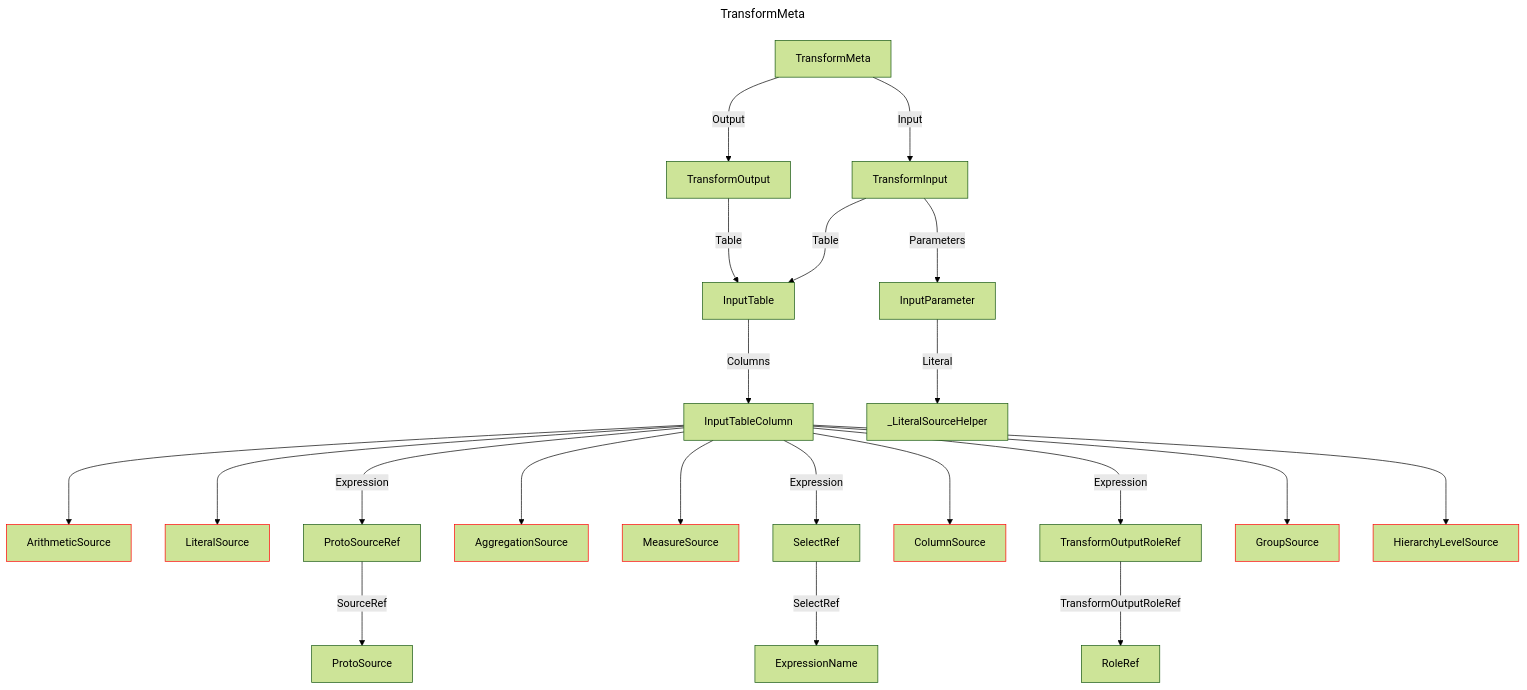
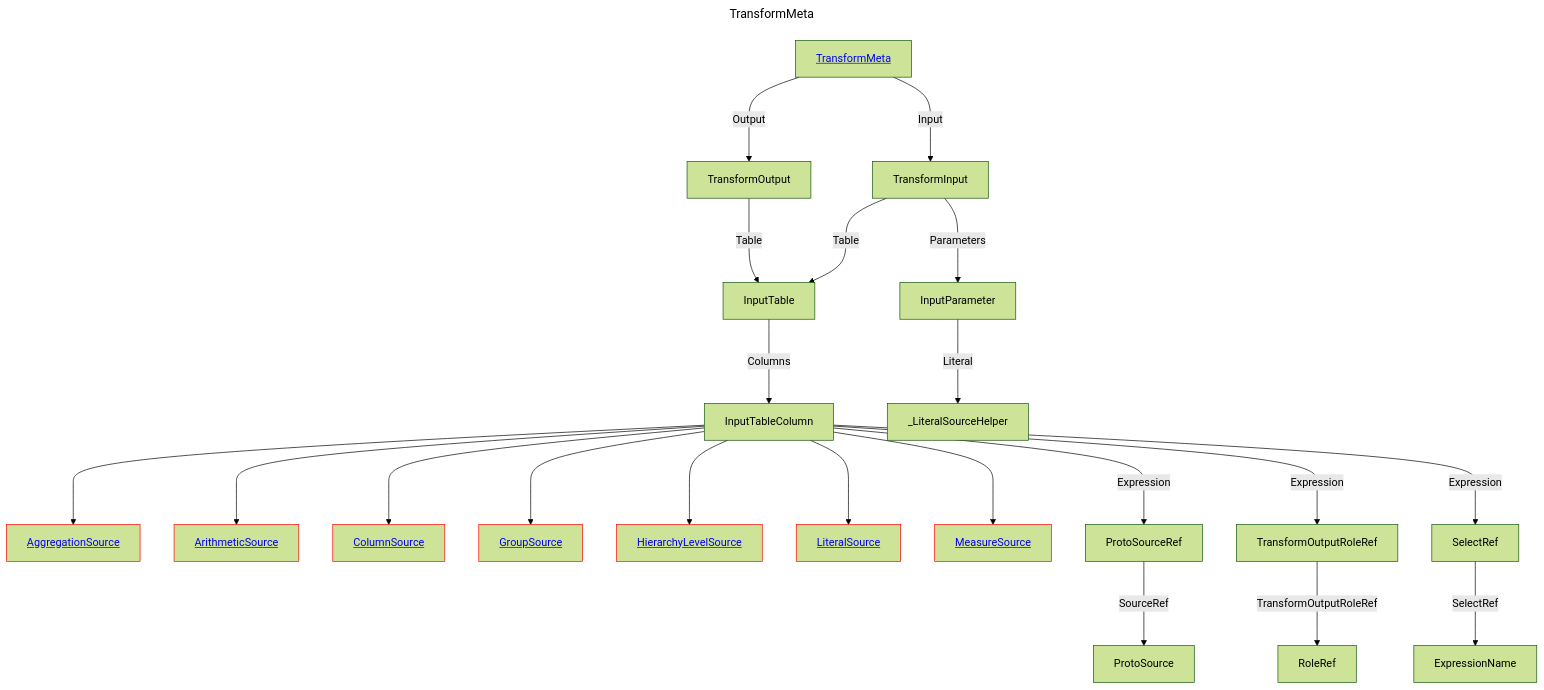
The diagram in docs/docs/layout/erd/TransformMeta.md (douglassimonsen/pbi_core), drawn with Mermaid (forest theme) before and after one commit. The commit also changed 76 other files, not shown here.

````diff
--- a/docs/docs/layout/erd/TransformMeta.md
+++ b/docs/docs/layout/erd/TransformMeta.md
@@ -1,53 +1,53 @@
 ```mermaid
 ---
 title: TransformMeta
 ---
 graph 
-2430071820688["RoleRef"]
-2430071382416["ArithmeticSource"]
-style 2430071382416 stroke:#ff0000,stroke-width:1px
-2430071816784["LiteralSource"]
-style 2430071816784 stroke:#ff0000,stroke-width:1px
-2430071814832["TransformOutputRoleRef"]
-2430071953424["InputTable"]
-2430071366800["ExpressionName"]
-2430071949520["TransformMeta"]
-2430071950496["TransformInput"]
-2430071358016["AggregationSource"]
-style 2430071358016 stroke:#ff0000,stroke-width:1px
-2430071359968["MeasureSource"]
-style 2430071359968 stroke:#ff0000,stroke-width:1px
-2430071825568["ProtoSourceRef"]
-2430071365824["ColumnSource"]
-style 2430071365824 stroke:#ff0000,stroke-width:1px
-2430071356064["SelectRef"]
-2430071931952["InputParameter"]
-2430071808976["GroupSource"]
-style 2430071808976 stroke:#ff0000,stroke-width:1px
-2430071962208["InputTableColumn"]
-2430071819712["ProtoSource"]
-2430071961232["TransformOutput"]
-2430071363872["HierarchyLevelSource"]
-style 2430071363872 stroke:#ff0000,stroke-width:1px
-2430071807024["_LiteralSourceHelper"]
-2430071962208 ---> 2430071359968
-2430071962208 ---> 2430071816784
-2430071962208 --->|Expression| 2430071825568
-2430071962208 ---> 2430071808976
-2430071825568 --->|SourceRef| 2430071819712
-2430071953424 --->|Columns| 2430071962208
-2430071814832 --->|TransformOutputRoleRef| 2430071820688
-2430071962208 --->|Expression| 2430071356064
-2430071962208 ---> 2430071382416
-2430071962208 ---> 2430071365824
-2430071949520 --->|Output| 2430071961232
-2430071961232 --->|Table| 2430071953424
-2430071356064 --->|SelectRef| 2430071366800
-2430071949520 --->|Input| 2430071950496
-2430071962208 ---> 2430071363872
-2430071962208 ---> 2430071358016
-2430071962208 --->|Expression| 2430071814832
-2430071950496 --->|Parameters| 2430071931952
-2430071950496 --->|Table| 2430071953424
-2430071931952 --->|Literal| 2430071807024
+AggregationSource[<a href='/layout/erd/AggregationSource'>AggregationSource</a>]
+style AggregationSource stroke:#ff0000,stroke-width:1px
+ArithmeticSource[<a href='/layout/erd/ArithmeticSource'>ArithmeticSource</a>]
+style ArithmeticSource stroke:#ff0000,stroke-width:1px
+ColumnSource[<a href='/layout/erd/ColumnSource'>ColumnSource</a>]
+style ColumnSource stroke:#ff0000,stroke-width:1px
+ExpressionName[ExpressionName]
+GroupSource[<a href='/layout/erd/GroupSource'>GroupSource</a>]
+style GroupSource stroke:#ff0000,stroke-width:1px
+HierarchyLevelSource[<a href='/layout/erd/HierarchyLevelSource'>HierarchyLevelSource</a>]
+style HierarchyLevelSource stroke:#ff0000,stroke-width:1px
+InputParameter[InputParameter]
+InputTable[InputTable]
+InputTableColumn[InputTableColumn]
+LiteralSource[<a href='/layout/erd/LiteralSource'>LiteralSource</a>]
+style LiteralSource stroke:#ff0000,stroke-width:1px
+MeasureSource[<a href='/layout/erd/MeasureSource'>MeasureSource</a>]
+style MeasureSource stroke:#ff0000,stroke-width:1px
+ProtoSource[ProtoSource]
+ProtoSourceRef[ProtoSourceRef]
+RoleRef[RoleRef]
+SelectRef[SelectRef]
+TransformInput[TransformInput]
+TransformMeta[<a href='/layout/erd/TransformMeta'>TransformMeta</a>]
+TransformOutput[TransformOutput]
+TransformOutputRoleRef[TransformOutputRoleRef]
+_LiteralSourceHelper[_LiteralSourceHelper]
+InputTableColumn --->|Expression| ProtoSourceRef
+TransformInput --->|Parameters| InputParameter
+TransformMeta --->|Output| TransformOutput
+TransformOutput --->|Table| InputTable
+ProtoSourceRef --->|SourceRef| ProtoSource
+InputTableColumn --->|Expression| TransformOutputRoleRef
+InputTableColumn ---> MeasureSource
+TransformOutputRoleRef --->|TransformOutputRoleRef| RoleRef
+TransformInput --->|Table| InputTable
+InputTableColumn ---> AggregationSource
+InputTable --->|Columns| InputTableColumn
+InputTableColumn ---> ColumnSource
+InputTableColumn ---> LiteralSource
+InputTableColumn ---> GroupSource
+SelectRef --->|SelectRef| ExpressionName
+InputParameter --->|Literal| _LiteralSourceHelper
+InputTableColumn ---> HierarchyLevelSource
+InputTableColumn ---> ArithmeticSource
+TransformMeta --->|Input| TransformInput
+InputTableColumn --->|Expression| SelectRef
 ```
````
